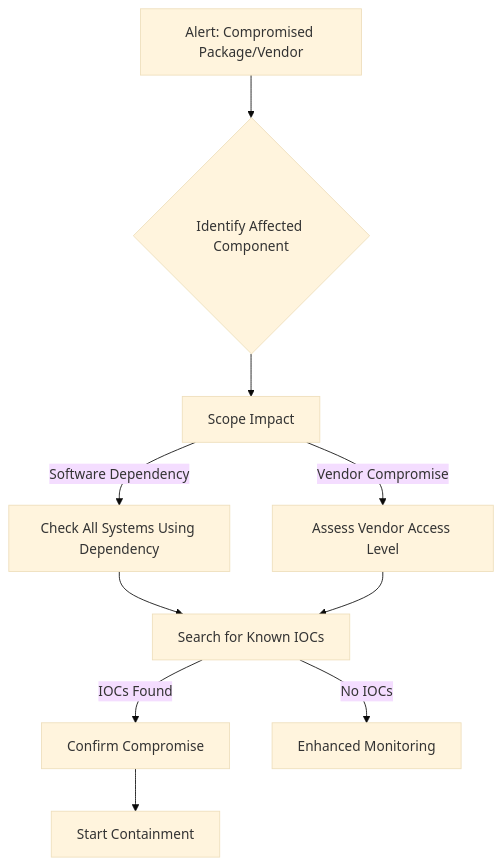
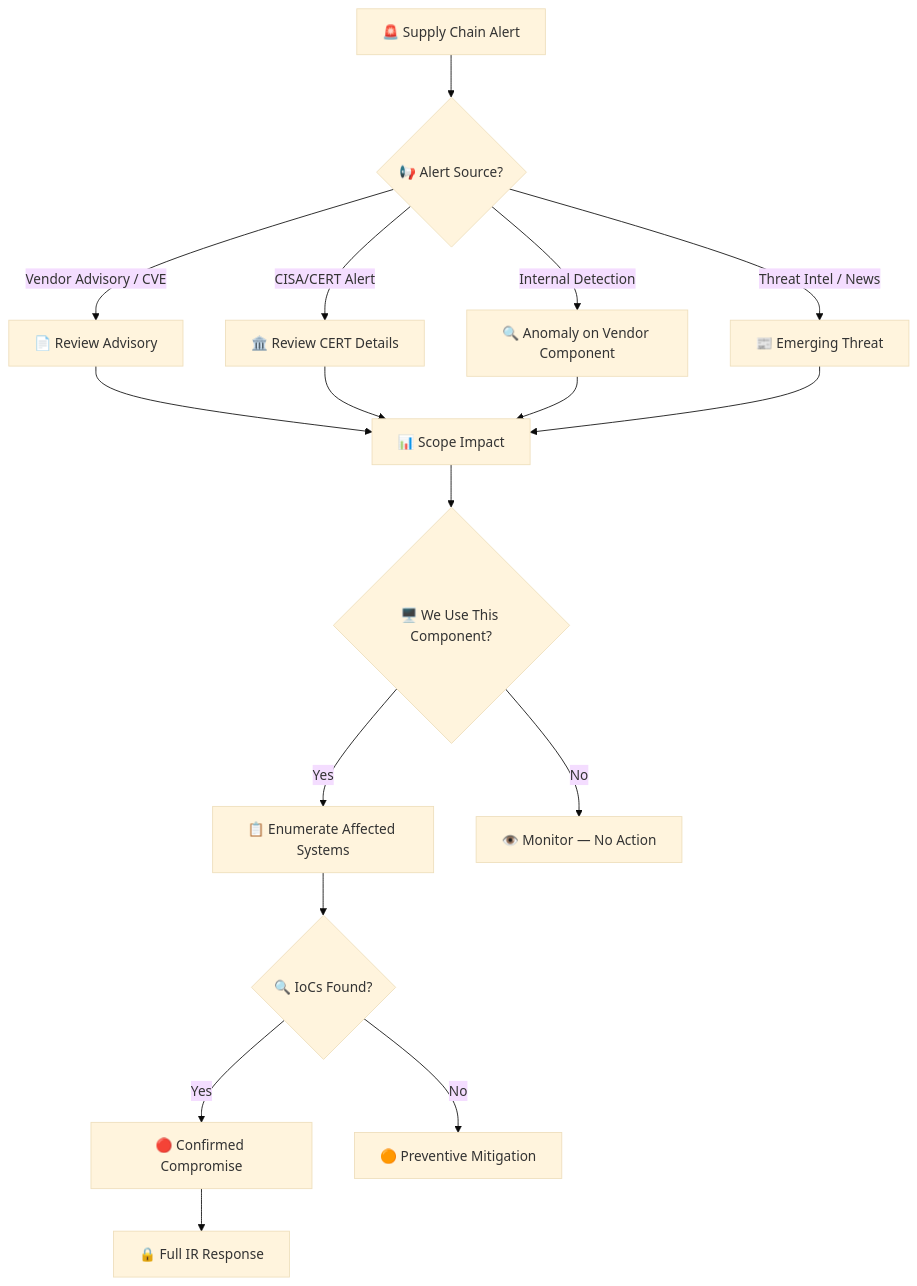
One commit to nutthakorn7/SOC-Standard-Operating-Procedures changed the diagram in 05_Incident_Response/Playbooks/Supply_Chain_Attack.en.md. Above: the diagram before and after it, drawn with Mermaid (base theme). The commit also changed other lines of this file and 7 other files, not shown here.

````diff
--- a/05_Incident_Response/Playbooks/Supply_Chain_Attack.en.md
+++ b/05_Incident_Response/Playbooks/Supply_Chain_Attack.en.md
@@ -7,12 +14,19 @@
 ```mermaid
-flowchart TD
-    Start[Alert: Compromised Package/Vendor] --> Identify{Identify Affected Component}
-    Identify --> Scope[Scope Impact]
-    Scope --> |Software Dependency| Dep[Check All Systems Using Dependency]
-    Scope --> |Vendor Compromise| Vendor[Assess Vendor Access Level]
-    Dep --> IOC[Search for Known IOCs]
-    Vendor --> IOC
-    IOC --> |IOCs Found| Confirm[Confirm Compromise]
-    IOC --> |No IOCs| Monitor[Enhanced Monitoring]
-    Confirm --> Contain[Start Containment]
+graph TD
+    Alert["🚨 Supply Chain Alert"] --> Source{"📢 Alert Source?"}
+    Source -->|Vendor Advisory / CVE| Advisory["📄 Review Advisory"]
+    Source -->|CISA/CERT Alert| CERT["🏛️ Review CERT Details"]
+    Source -->|Internal Detection| Internal["🔍 Anomaly on Vendor Component"]
+    Source -->|Threat Intel / News| TI["📰 Emerging Threat"]
+    Advisory --> Scope["📊 Scope Impact"]
+    CERT --> Scope
+    Internal --> Scope
+    TI --> Scope
+    Scope --> Used{"🖥️ We Use This Component?"}
+    Used -->|Yes| Inventory["📋 Enumerate Affected Systems"]
+    Used -->|No| Monitor["👁️ Monitor — No Action"]
+    Inventory --> IOC{"🔍 IoCs Found?"}
+    IOC -->|Yes| Compromised["🔴 Confirmed Compromise"]
+    IOC -->|No| Mitigate["🟠 Preventive Mitigation"]
+    Compromised --> FullIR["🔒 Full IR Response"]
 ```
````
